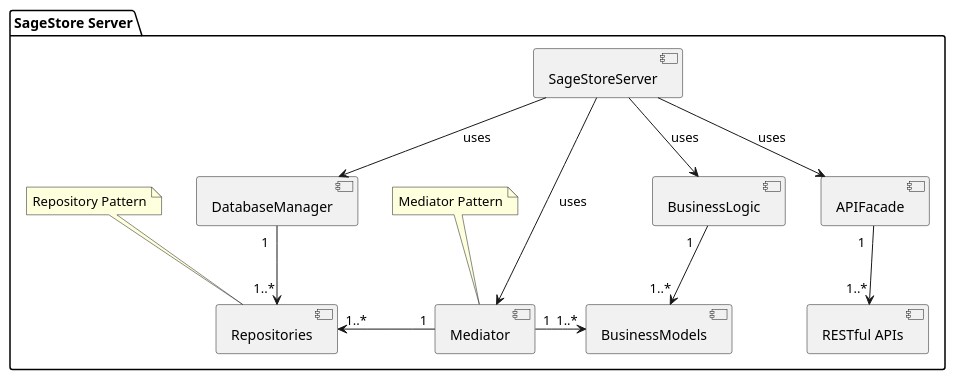
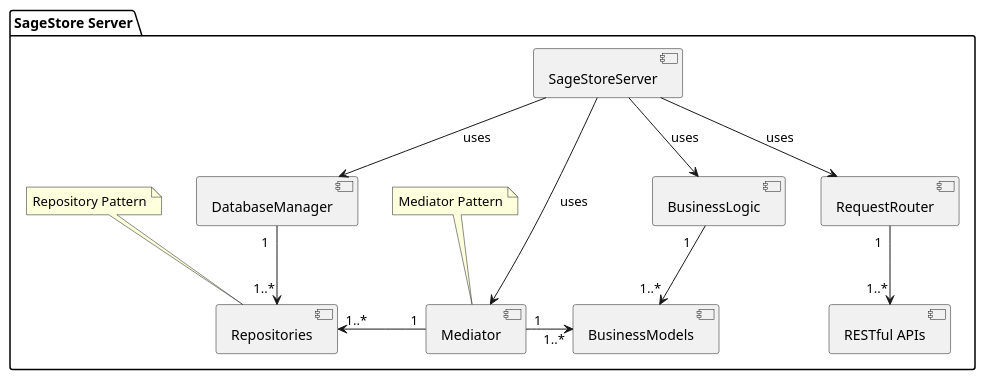
One commit to Sage-Cat/SageStore changed the diagram in docs/server/plantuml/Server_Design.puml. Above: the diagram before and after it, drawn with PlantUML. The commit also changed 27 other files, not shown here.

```diff
--- a/docs/server/plantuml/Server_Design.puml
+++ b/docs/server/plantuml/Server_Design.puml
@@ -1,33 +1,33 @@
 @startuml
 skinparam componentStyle uml2
 
 package "SageStore Server" {
     [SageStoreServer] as SSS
-    [APIFacade] as AF
+    [RequestRouter] as AF
     [BusinessLogic] as BL
     [DatabaseManager] as DM
     [Mediator] as M
     [BusinessModels] 
     [Repositories] 
 
     SSS -down-> AF : uses
     SSS -down-> BL : uses
     SSS -down-> DM : uses
     SSS -down-> M : uses
 
     AF -down-> [RESTful APIs] : "1  "   "1..*"
     BL -down-> [BusinessModels] : "1   "   "1..*"
     DM -down-> [Repositories] : "1  "   "1..*"
     M -right-> [BusinessModels] : "1"   "1..*"
     M -left-> [Repositories] : "1"   "1..*"
 
     BL -[hidden]right-> AF
 
     note "Mediator Pattern" as MediatorNote
     MediatorNote .. M
 
     note "Repository Pattern" as RepoNote
     RepoNote .. [Repositories]
 }
 
 @enduml
```
